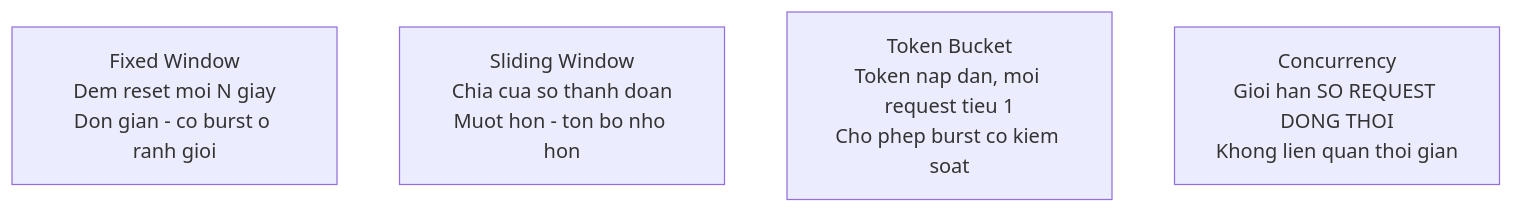
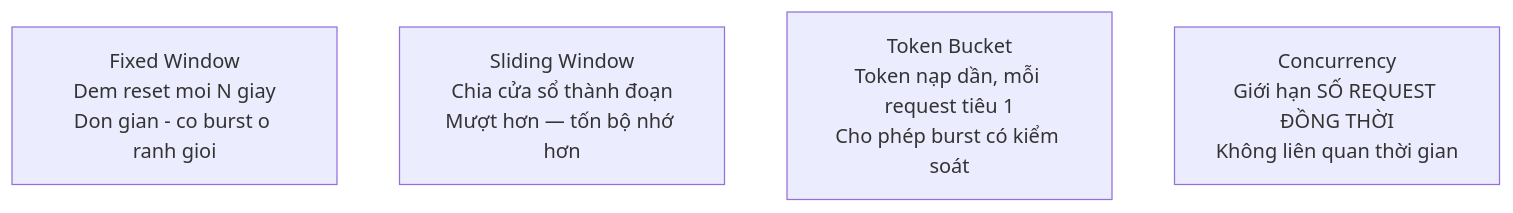
Before and after one commit to TienNHM/tiennhm.github.io: the diagram in docs/09-dotnet-backend-zero-to-senior/stage-03-aspnet-core-backend/module-09-web-api-professional/9.6-rate-limiting.mdx, drawn with Mermaid. The commit also changed other lines of this file and 11 other files, not shown here.

````diff
--- a/docs/09-dotnet-backend-zero-to-senior/stage-03-aspnet-core-backend/module-09-web-api-professional/9.6-rate-limiting.mdx
+++ b/docs/09-dotnet-backend-zero-to-senior/stage-03-aspnet-core-backend/module-09-web-api-professional/9.6-rate-limiting.mdx
@@ -29,7 +29,7 @@
 ```mermaid
 flowchart TB
     A["Fixed Window<br/>Dem reset moi N giay<br/>Don gian - co burst o ranh gioi"]
-    B["Sliding Window<br/>Chia cua so thanh doan<br/>Muot hon - ton bo nho hon"]
-    C["Token Bucket<br/>Token nap dan, moi request tieu 1<br/>Cho phep burst co kiem soat"]
-    D["Concurrency<br/>Gioi han SO REQUEST DONG THOI<br/>Khong lien quan thoi gian"]
+    B["Sliding Window<br/>Chia cửa sổ thành đoạn<br/>Mượt hơn — tốn bộ nhớ hơn"]
+    C["Token Bucket<br/>Token nạp dần, mỗi request tiêu 1<br/>Cho phép burst có kiểm soát"]
+    D["Concurrency<br/>Giới hạn SỐ REQUEST ĐỒNG THỜI<br/>Không liên quan thời gian"]
 ```
````
